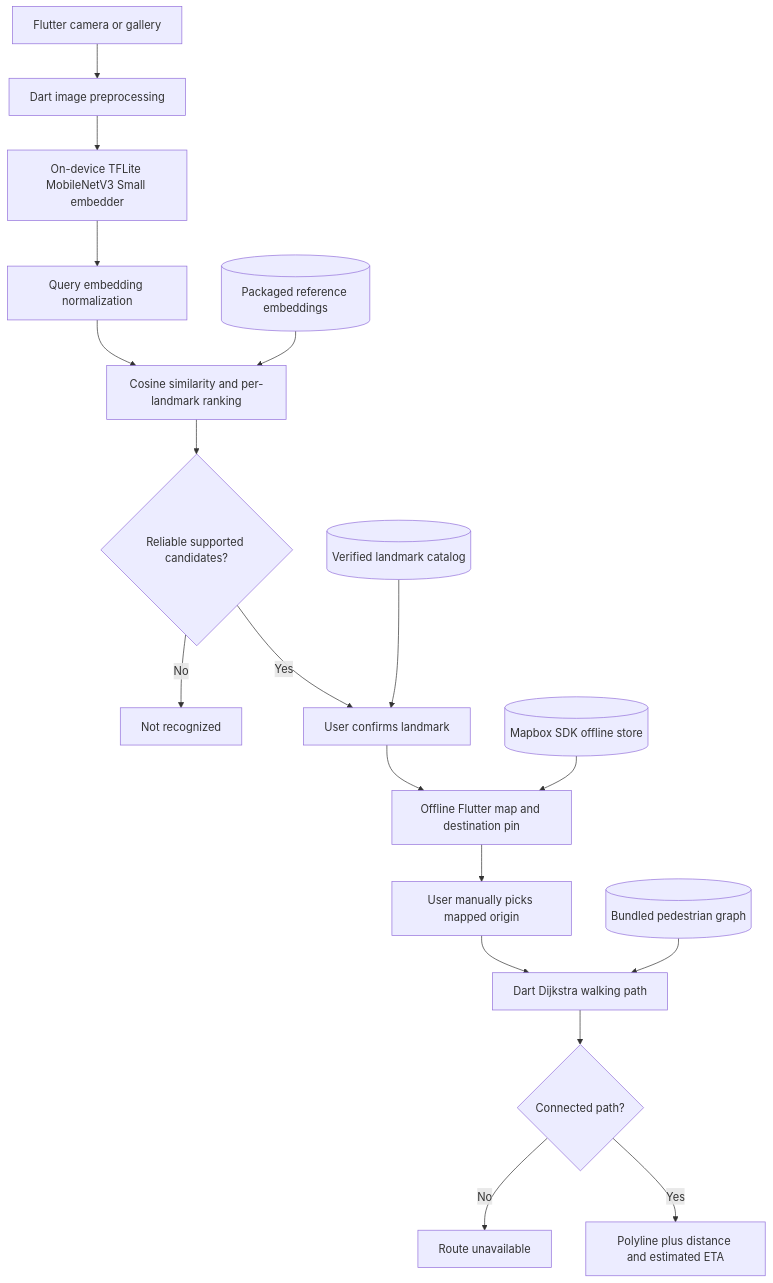
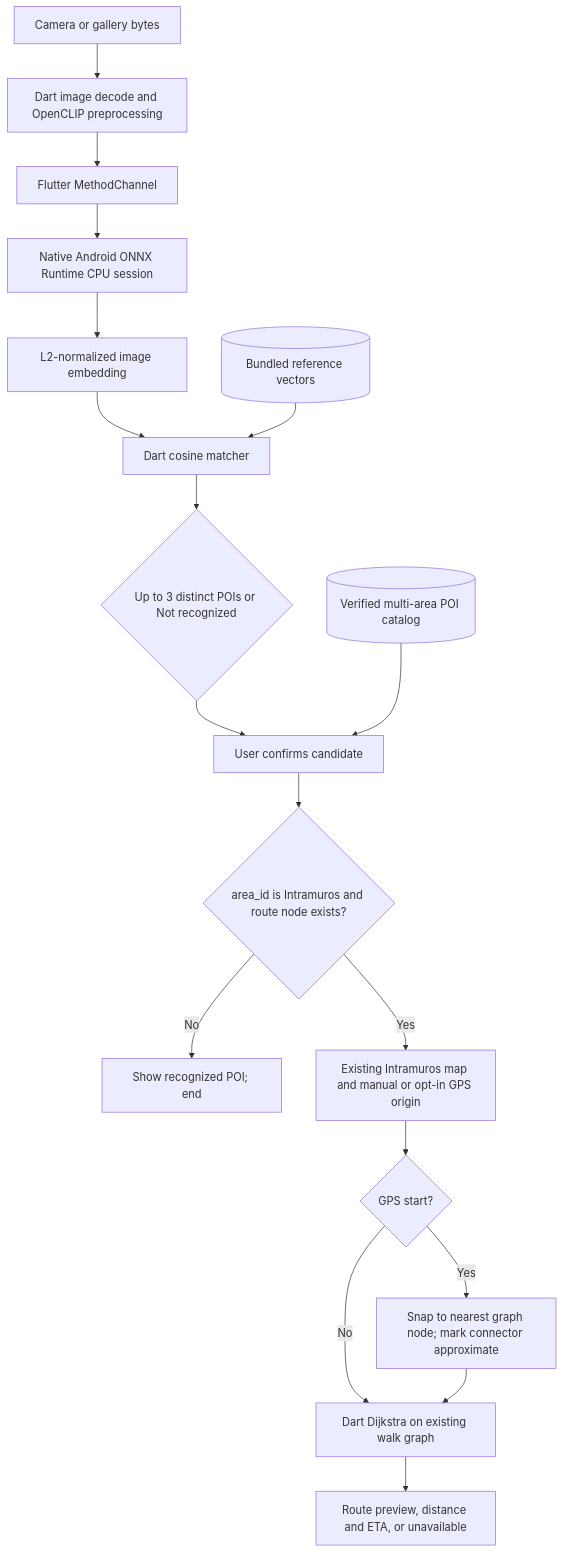
The diagram in docs/ARCHITECTURE.md (hiroqt/tunton-ai), drawn with Mermaid before and after one commit. The commit also changed other lines of this file and 89 other files, not shown here.

````diff
--- a/docs/ARCHITECTURE.md
+++ b/docs/ARCHITECTURE.md
@@ -17,20 +13,20 @@
 ```mermaid
 flowchart TD
-    A[Flutter camera or gallery] --> B[Dart image preprocessing]
-    B --> C[On-device TFLite MobileNetV3 Small embedder]
-    C --> D[Query embedding normalization]
-    D --> E[Cosine similarity and per-landmark ranking]
-    R[(Packaged reference embeddings)] --> E
-    E --> F{Reliable supported candidates?}
-    F -->|No| G[Not recognized]
-    F -->|Yes| H[User confirms landmark]
-    L[(Verified landmark catalog)] --> H
-    H --> I[Offline Flutter map and destination pin]
-    MB[(Mapbox SDK offline store)] --> I
-    I --> J[User manually picks mapped origin]
-    J --> K[Dart Dijkstra walking path]
-    W[(Bundled pedestrian graph)] --> K
-    K --> M{Connected path?}
-    M -->|No| N[Route unavailable]
-    M -->|Yes| O[Polyline plus distance and estimated ETA]
+  A[Camera or gallery bytes] --> B[Dart image decode and OpenCLIP preprocessing]
+  B --> C[Flutter MethodChannel]
+  C --> D[Native Android ONNX Runtime CPU session]
+  D --> E[L2-normalized image embedding]
+  E --> F[Dart cosine matcher]
+  R[(Bundled reference vectors)] --> F
+  F --> G{Up to 3 distinct POIs or Not recognized}
+  G --> H[User confirms candidate]
+  CAT[(Verified multi-area POI catalog)] --> H
+  H --> AREA{area_id is Intramuros and route node exists?}
+  AREA -->|No| J[Show recognized POI; end]
+  AREA -->|Yes| ORIGIN[Existing Intramuros map and manual or opt-in GPS origin]
+  ORIGIN --> GPS{GPS start?}
+  GPS -->|Yes| SNAP[Snap to nearest graph node; mark connector approximate]
+  GPS -->|No| ROUTE[Dart Dijkstra on existing walk graph]
+  SNAP --> ROUTE
+  ROUTE --> N[Route preview, distance and ETA, or unavailable]
 ```
````
